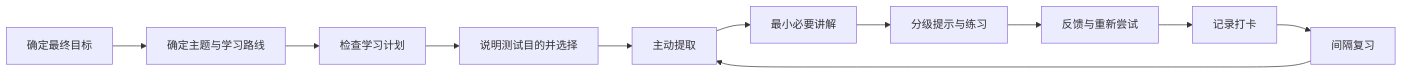
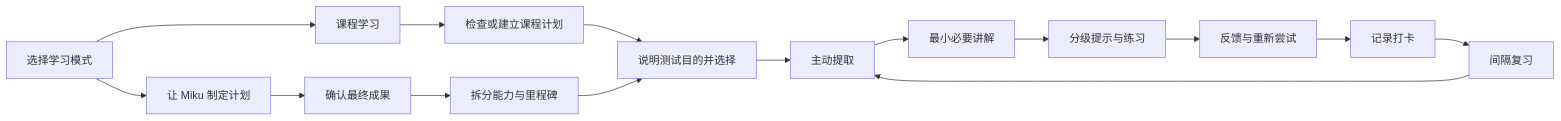
The diagram in README.md (abram1a/nanami), drawn with Mermaid before and after one commit. The commit also changed other lines of this file and 1 other file, not shown here.

Commit message:
feat(miku): add study mode choice

````diff
--- a/README.md
+++ b/README.md
@@ -129,13 +127,17 @@
 ```mermaid
 flowchart LR
-    A[确定最终目标] --> B[确定主题与学习路线]
-    B --> C[检查学习计划]
-    C --> X[说明测试目的并选择]
-    X --> D[主动提取]
-    D --> E[最小必要讲解]
-    E --> F[分级提示与练习]
-    F --> G[反馈与重新尝试]
-    G --> H[记录打卡]
-    H --> I[间隔复习]
-    I --> D
+    A[选择学习模式] --> B[课程学习]
+    A --> C[让 Miku 制定计划]
+    B --> D[检查或建立课程计划]
+    C --> E[确认最终成果]
+    E --> F[拆分能力与里程碑]
+    D --> X[说明测试目的并选择]
+    F --> X
+    X --> G[主动提取]
+    G --> H[最小必要讲解]
+    H --> I[分级提示与练习]
+    I --> J[反馈与重新尝试]
+    J --> K[记录打卡]
+    K --> L[间隔复习]
+    L --> G
 ```
````
